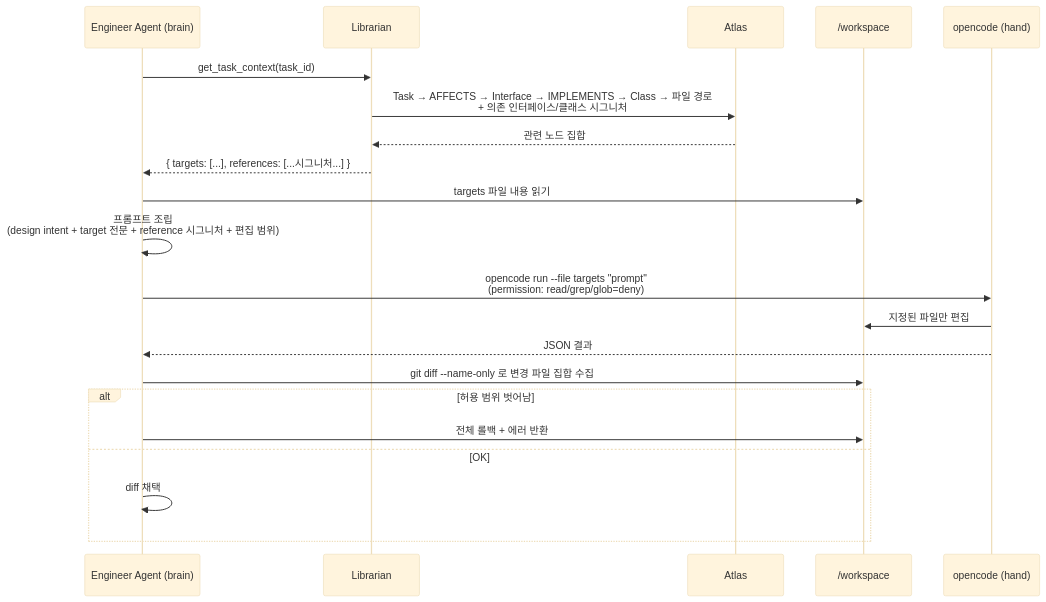
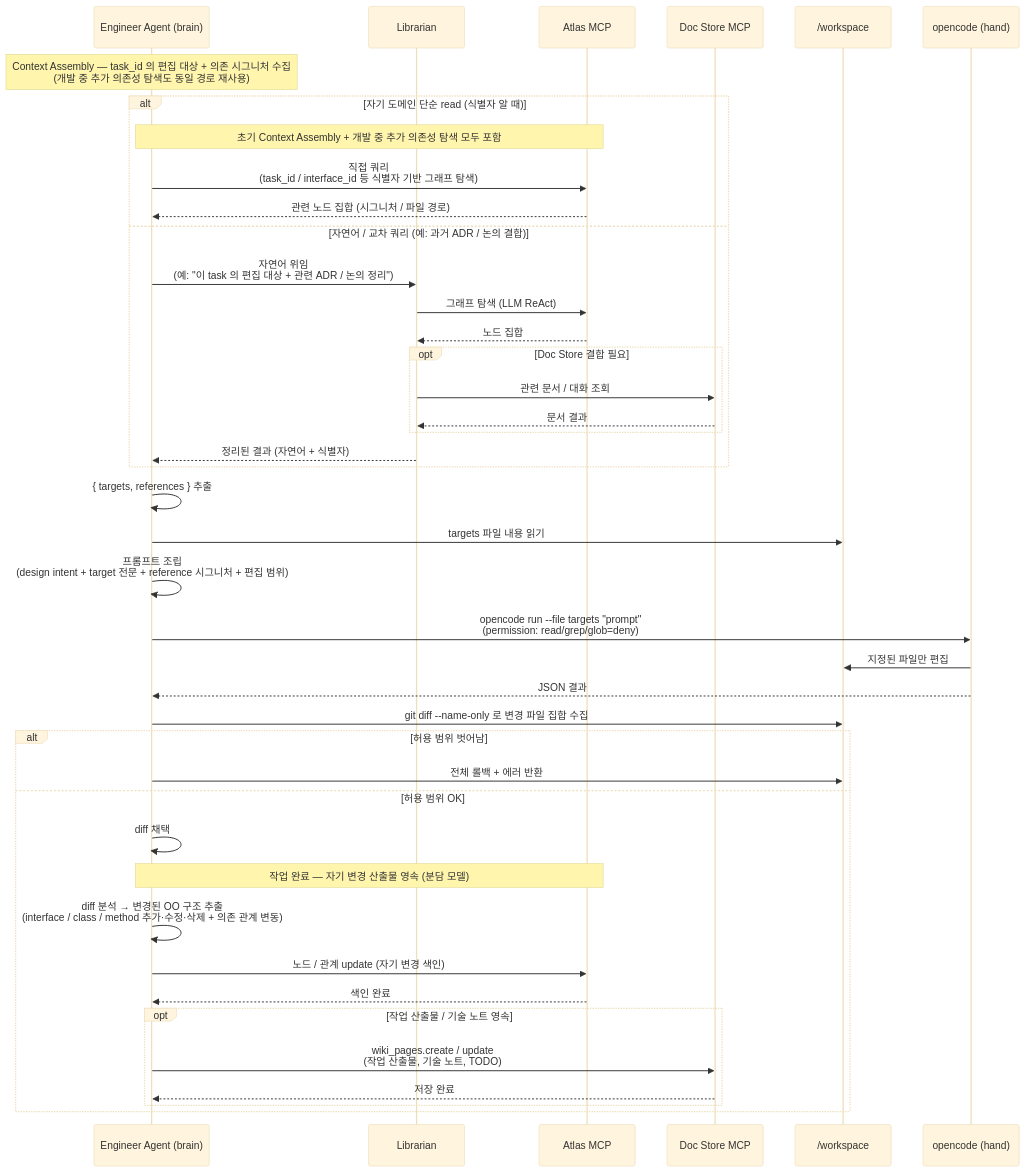
One commit to vonkernel/dev-team changed the diagram in docs/proposal/architecture-code-agent.md. Above: the diagram before and after it, drawn with Mermaid (base theme). The commit also changed other lines of this file, not shown here.

First paragraph of the commit message:
docs(code-agent): Context Assembly 2 경로 + Eng 자체 Atlas 색인 + 2중 방어 보강 (#66)
architecture-code-agent.md 의 Context Assembly 흐름 / 2중 방어 섹션을
새 분담 모델 (#63) + sub doc 구조 (#66) 에 맞춰 재작성.

````diff
--- a/docs/proposal/architecture-code-agent.md
+++ b/docs/proposal/architecture-code-agent.md
@@ -60,27 +60,51 @@
 ```mermaid
 sequenceDiagram
     participant Agent as Engineer Agent (brain)
     participant L as Librarian
-    participant GraphDB as Atlas
+    participant AtlasMCP as Atlas MCP
+    participant DocMCP as Doc Store MCP
     participant FS as /workspace
     participant OC as opencode (hand)
 
-    Agent->>L: get_task_context(task_id)
-    L->>GraphDB: Task → AFFECTS → Interface → IMPLEMENTS → Class → 파일 경로<br/>+ 의존 인터페이스/클래스 시그니처
-    GraphDB-->>L: 관련 노드 집합
-    L-->>Agent: { targets: [...], references: [...시그니처...] }
+    Note over Agent: Context Assembly — task_id 의 편집 대상 + 의존 시그니처 수집<br/>(개발 중 추가 의존성 탐색도 동일 경로 재사용)
 
+    alt 자기 도메인 단순 read (식별자 알 때)
+        Note over Agent,AtlasMCP: 초기 Context Assembly + 개발 중 추가 의존성 탐색 모두 포함
+        Agent->>AtlasMCP: 직접 쿼리<br/>(task_id / interface_id 등 식별자 기반 그래프 탐색)
+        AtlasMCP-->>Agent: 관련 노드 집합 (시그니처 / 파일 경로)
+    else 자연어 / 교차 쿼리 (예: 과거 ADR / 논의 결합)
+        Agent->>L: 자연어 위임<br/>(예: "이 task 의 편집 대상 + 관련 ADR / 논의 정리")
+        L->>AtlasMCP: 그래프 탐색 (LLM ReAct)
+        AtlasMCP-->>L: 노드 집합
+        opt Doc Store 결합 필요
+            L->>DocMCP: 관련 문서 / 대화 조회
+            DocMCP-->>L: 문서 결과
+        end
+        L-->>Agent: 정리된 결과 (자연어 + 식별자)
+    end
+
+    Agent->>Agent: { targets, references } 추출
     Agent->>FS: targets 파일 내용 읽기
     Agent->>Agent: 프롬프트 조립<br/>(design intent + target 전문 + reference 시그니처 + 편집 범위)
 
     Agent->>OC: opencode run --file targets "prompt"<br/>(permission: read/grep/glob=deny)
     OC->>FS: 지정된 파일만 편집
     OC-->>Agent: JSON 결과
 
     Agent->>FS: git diff --name-only 로 변경 파일 집합 수집
     alt 허용 범위 벗어남
         Agent->>FS: 전체 롤백 + 에러 반환
-    else OK
+    else 허용 범위 OK
         Agent->>Agent: diff 채택
+
+        Note over Agent,AtlasMCP: 작업 완료 — 자기 변경 산출물 영속 (분담 모델)
+
+        Agent->>Agent: diff 분석 → 변경된 OO 구조 추출<br/>(interface / class / method 추가·수정·삭제 + 의존 관계 변동)
+        Agent->>AtlasMCP: 노드 / 관계 update (자기 변경 색인)
+        AtlasMCP-->>Agent: 색인 완료
+        opt 작업 산출물 / 기술 노트 영속
+            Agent->>DocMCP: wiki_pages.create / update<br/>(작업 산출물, 기술 노트, TODO)
+            DocMCP-->>Agent: 저장 완료
+        end
     end
 ```
````
